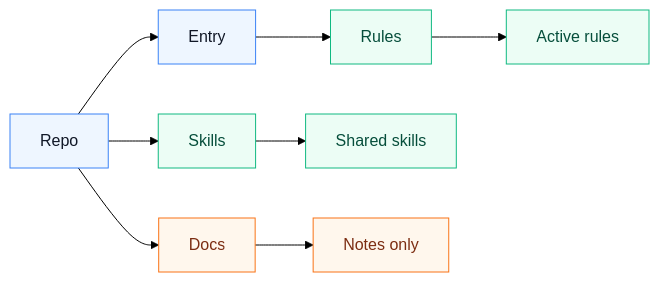
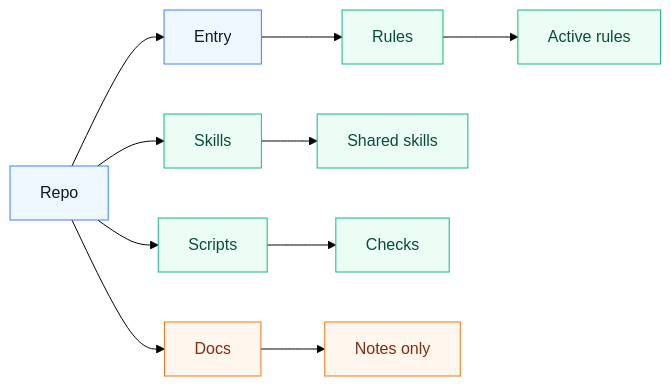
The diagram in README.md (hugang20230316/ai-agent), drawn with Mermaid (forest theme) before and after one commit. The commit also changed other lines of this file and 42 other files, not shown here.

Commit message:
Update agent rules and skill regression checks

````diff
--- a/README.md
+++ b/README.md
@@ -11,17 +11,19 @@
 ```mermaid
 flowchart LR
   repo[Repo] --> entry[Entry]
   entry --> rules[Rules]
   repo --> skills[Skills]
+  repo --> scripts[Scripts]
   repo --> docs[Docs]
   rules --> active[Active rules]
   skills --> shared[Shared skills]
+  scripts --> checks[Checks]
   docs --> notes[Notes only]
 
   classDef source fill:#eef6ff,stroke:#3b82f6,color:#111827
   classDef active fill:#ecfdf5,stroke:#10b981,color:#064e3b
   classDef passive fill:#fff7ed,stroke:#f97316,color:#7c2d12
   class repo,entry source
-  class rules,active,skills,shared active
+  class rules,active,skills,shared,scripts,checks active
   class docs,notes passive
 ```
````
